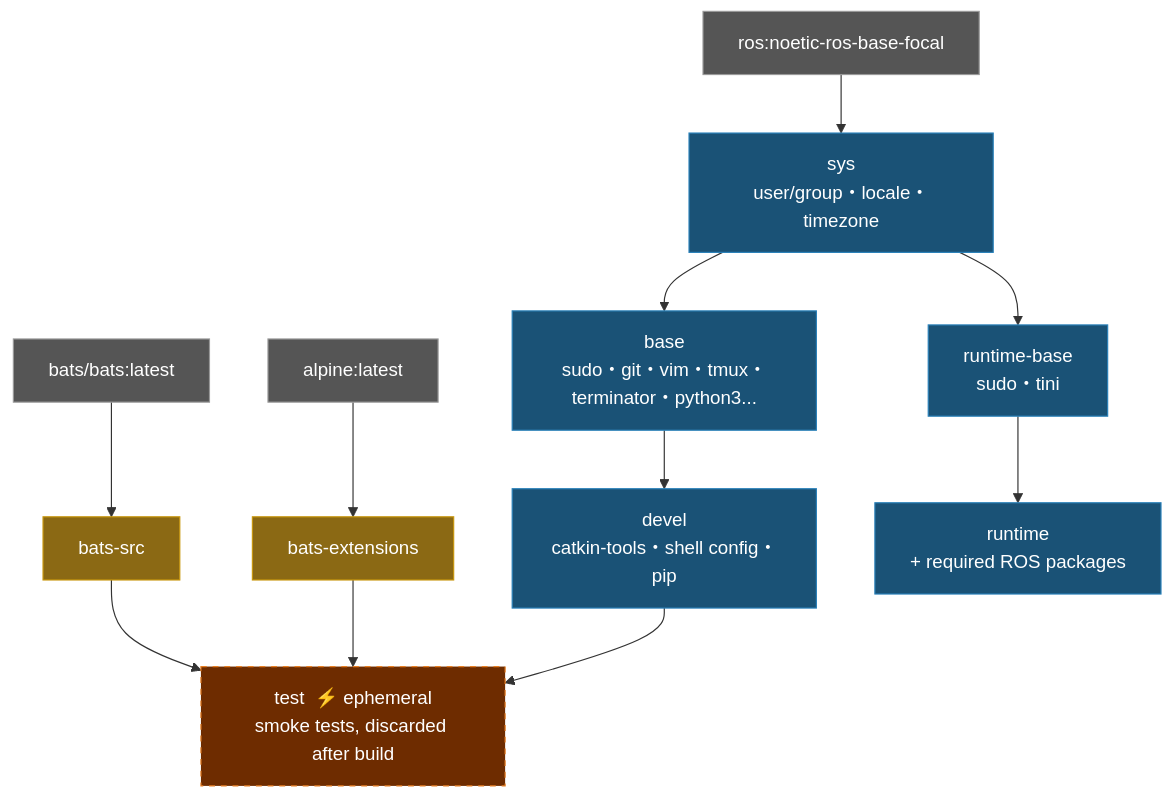
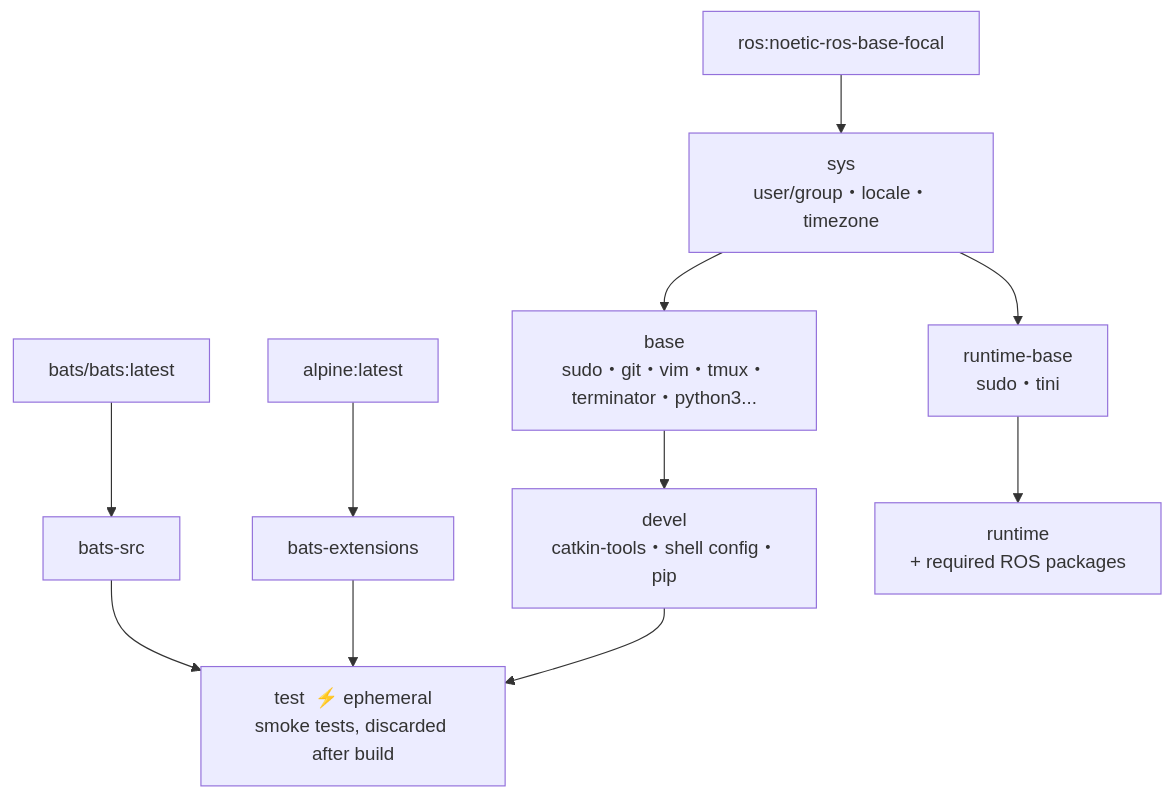
The diagram in README.md (ycpss91255-docker/ros_noetic), drawn with Mermaid before and after one commit. The commit also changed 3 other files, not shown here.

Commit message:
docs: remove mermaid background colors from architecture diagrams (#25)

````diff
--- a/README.md
+++ b/README.md
@@ -234,26 +234,22 @@
 ```mermaid
 graph TD
-    EXT1["bats/bats:latest"]:::external
-    EXT2["alpine:latest"]:::external
-    EXT3["ros:noetic-ros-base-focal"]:::external
+    EXT1["bats/bats:latest"]
+    EXT2["alpine:latest"]
+    EXT3["ros:noetic-ros-base-focal"]
 
-    EXT1 --> bats-src["bats-src"]:::tool
-    EXT2 --> bats-ext["bats-extensions"]:::tool
+    EXT1 --> bats-src["bats-src"]
+    EXT2 --> bats-ext["bats-extensions"]
 
-    EXT3 --> sys["sys\nuser/group・locale・timezone"]:::stage
+    EXT3 --> sys["sys\nuser/group・locale・timezone"]
 
-    sys --> base["base\nsudo・git・vim・tmux・terminator・python3..."]:::stage
-    base --> devel["devel\ncatkin-tools・shell config・pip"]:::stage
+    sys --> base["base\nsudo・git・vim・tmux・terminator・python3..."]
+    base --> devel["devel\ncatkin-tools・shell config・pip"]
 
-    bats-src --> test["test  ⚡ ephemeral\nsmoke tests, discarded after build"]:::ephemeral
+    bats-src --> test["test  ⚡ ephemeral\nsmoke tests, discarded after build"]
     bats-ext --> test
     devel --> test
 
-    sys --> runtime-base["runtime-base\nsudo・tini"]:::stage
-    runtime-base --> runtime["runtime\n+ required ROS packages"]:::stage
+    sys --> runtime-base["runtime-base\nsudo・tini"]
+    runtime-base --> runtime["runtime\n+ required ROS packages"]
 
-    classDef external fill:#555,color:#fff,stroke:#999
-    classDef tool fill:#8B6914,color:#fff,stroke:#c8960c
-    classDef stage fill:#1a5276,color:#fff,stroke:#2980b9
-    classDef ephemeral fill:#6e2c00,color:#fff,stroke:#e67e22,stroke-dasharray:5 5
 ```
````
